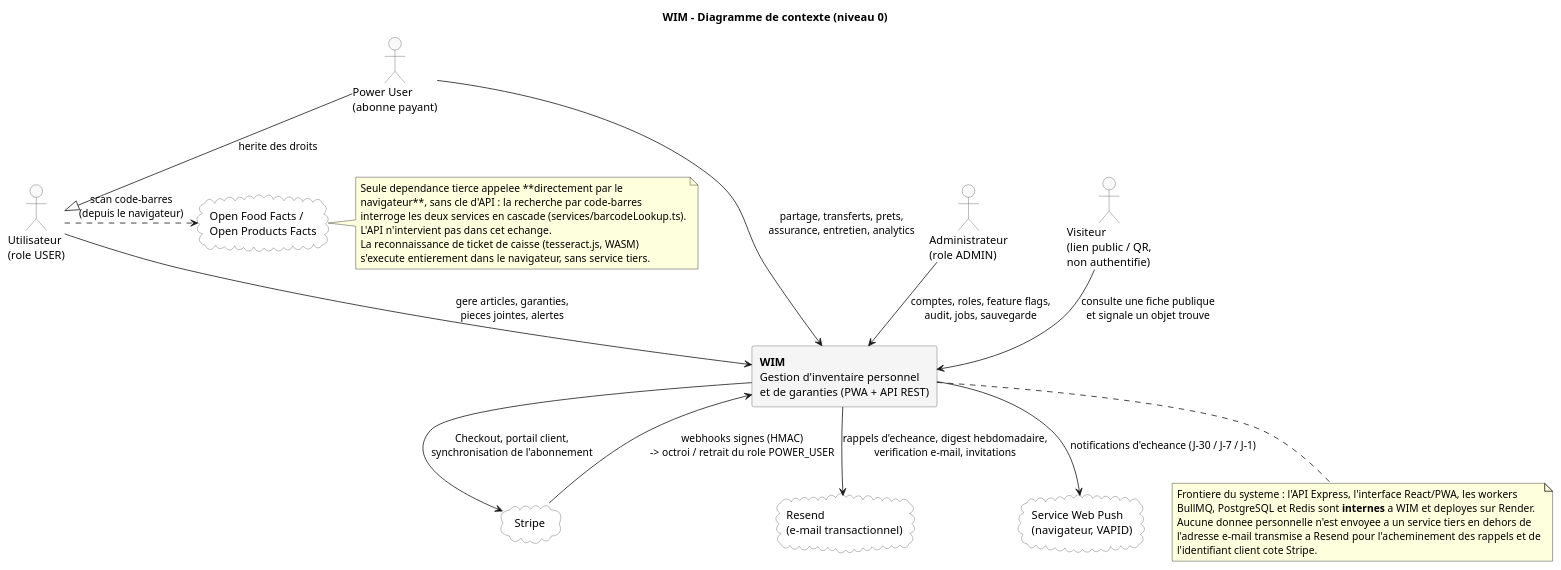
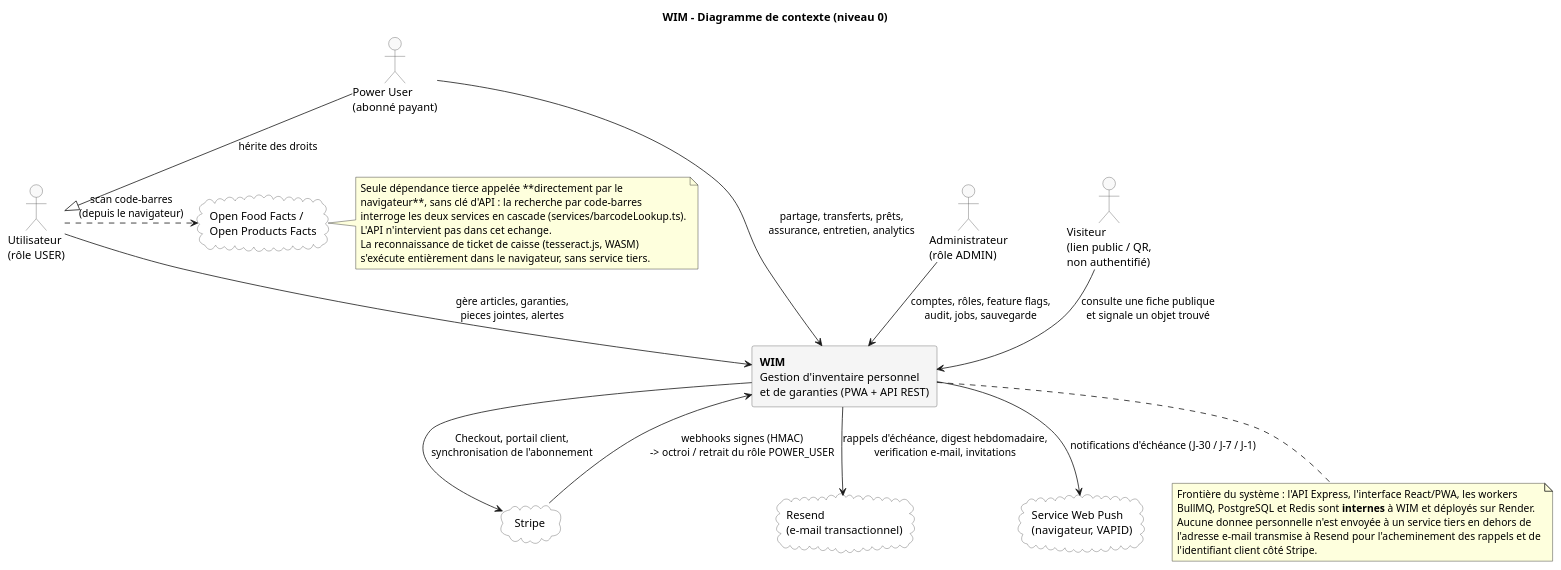
One commit to SGCSBorges/WIM changed the diagram in docs/uml/12-contexte.puml. Above: the diagram before and after it, drawn with PlantUML. The commit also changed 19 other files, not shown here.

First line of the commit message:
UML: restore French accents in the ten new diagram sources

```diff
--- a/docs/uml/12-contexte.puml
+++ b/docs/uml/12-contexte.puml
@@ -1,66 +1,66 @@
 @startuml
 title WIM – Diagramme de contexte (niveau 0)
 
 skinparam componentStyle rectangle
 skinparam rectangle {
   BackgroundColor #ffffff
   BorderColor #555555
 }
 skinparam actor {
   BackgroundColor #f9f9f9
   BorderColor #555555
 }
 skinparam cloud {
   BackgroundColor #ffffff
   BorderColor #555555
 }
 
 ' ---------------------------------------------------------------------------
-' Le systeme est une boite noire : PostgreSQL et Redis lui appartiennent et
-' restent DANS la frontiere (ils sont detailles dans 07-composants). Seuls
-' figurent ici les acteurs humains et les systemes tiers.
+' Le système est une boîte noire : PostgreSQL et Redis lui appartiennent et
+' restent DANS la frontière (ils sont détaillés dans 07-composants). Seuls
+' figurent ici les acteurs humains et les systèmes tiers.
 ' ---------------------------------------------------------------------------
 
-actor "Utilisateur\n(role USER)" as User
-actor "Power User\n(abonne payant)" as PowerUser
-actor "Administrateur\n(role ADMIN)" as Admin
-actor "Visiteur\n(lien public / QR,\nnon authentifie)" as Visitor
+actor "Utilisateur\n(rôle USER)" as User
+actor "Power User\n(abonné payant)" as PowerUser
+actor "Administrateur\n(rôle ADMIN)" as Admin
+actor "Visiteur\n(lien public / QR,\nnon authentifié)" as Visitor
 
 rectangle "**WIM**\nGestion d'inventaire personnel\net de garanties (PWA + API REST)" as WIM #f5f5f5
 
 cloud "Stripe" as Stripe
 cloud "Resend\n(e-mail transactionnel)" as Resend
 cloud "Service Web Push\n(navigateur, VAPID)" as Push
 cloud "Open Food Facts /\nOpen Products Facts" as OFF
 
-PowerUser --|> User : herite des droits
+PowerUser --|> User : hérite des droits
 
-User --> WIM : gere articles, garanties,\npieces jointes, alertes
-PowerUser --> WIM : partage, transferts, prets,\nassurance, entretien, analytics
-Admin --> WIM : comptes, roles, feature flags,\naudit, jobs, sauvegarde
-Visitor --> WIM : consulte une fiche publique\net signale un objet trouve
+User --> WIM : gère articles, garanties,\npieces jointes, alertes
+PowerUser --> WIM : partage, transferts, prêts,\nassurance, entretien, analytics
+Admin --> WIM : comptes, rôles, feature flags,\naudit, jobs, sauvegarde
+Visitor --> WIM : consulte une fiche publique\net signale un objet trouvé
 
 WIM --> Stripe : Checkout, portail client,\nsynchronisation de l'abonnement
-Stripe --> WIM : webhooks signes (HMAC)\n-> octroi / retrait du role POWER_USER
-WIM --> Resend : rappels d'echeance, digest hebdomadaire,\nverification e-mail, invitations
-WIM --> Push : notifications d'echeance (J-30 / J-7 / J-1)
+Stripe --> WIM : webhooks signes (HMAC)\n-> octroi / retrait du rôle POWER_USER
+WIM --> Resend : rappels d'échéance, digest hebdomadaire,\nverification e-mail, invitations
+WIM --> Push : notifications d'échéance (J-30 / J-7 / J-1)
 
 note right of OFF
-Seule dependance tierce appelee **directement par le
-navigateur**, sans cle d'API : la recherche par code-barres
+Seule dépendance tierce appelée **directement par le
+navigateur**, sans clé d'API : la recherche par code-barres
 interroge les deux services en cascade (services/barcodeLookup.ts).
 L'API n'intervient pas dans cet echange.
 La reconnaissance de ticket de caisse (tesseract.js, WASM)
-s'execute entierement dans le navigateur, sans service tiers.
+s'exécute entièrement dans le navigateur, sans service tiers.
 end note
 
 User .right.> OFF : scan code-barres\n(depuis le navigateur)
 
 note bottom of WIM
-Frontiere du systeme : l'API Express, l'interface React/PWA, les workers
-BullMQ, PostgreSQL et Redis sont **internes** a WIM et deployes sur Render.
-Aucune donnee personnelle n'est envoyee a un service tiers en dehors de
-l'adresse e-mail transmise a Resend pour l'acheminement des rappels et de
-l'identifiant client cote Stripe.
+Frontière du système : l'API Express, l'interface React/PWA, les workers
+BullMQ, PostgreSQL et Redis sont **internes** à WIM et déployés sur Render.
+Aucune donnee personnelle n'est envoyée à un service tiers en dehors de
+l'adresse e-mail transmise à Resend pour l'acheminement des rappels et de
+l'identifiant client côté Stripe.
 end note
 @enduml
```
